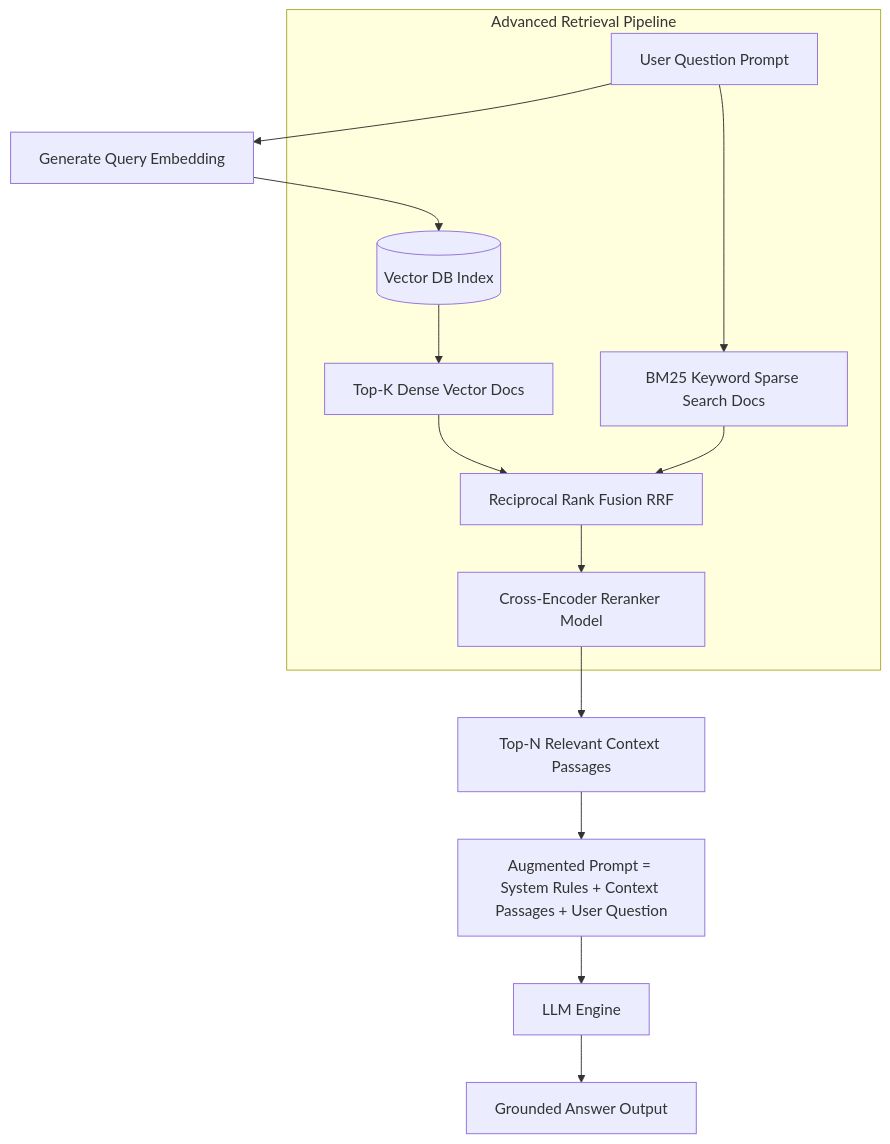
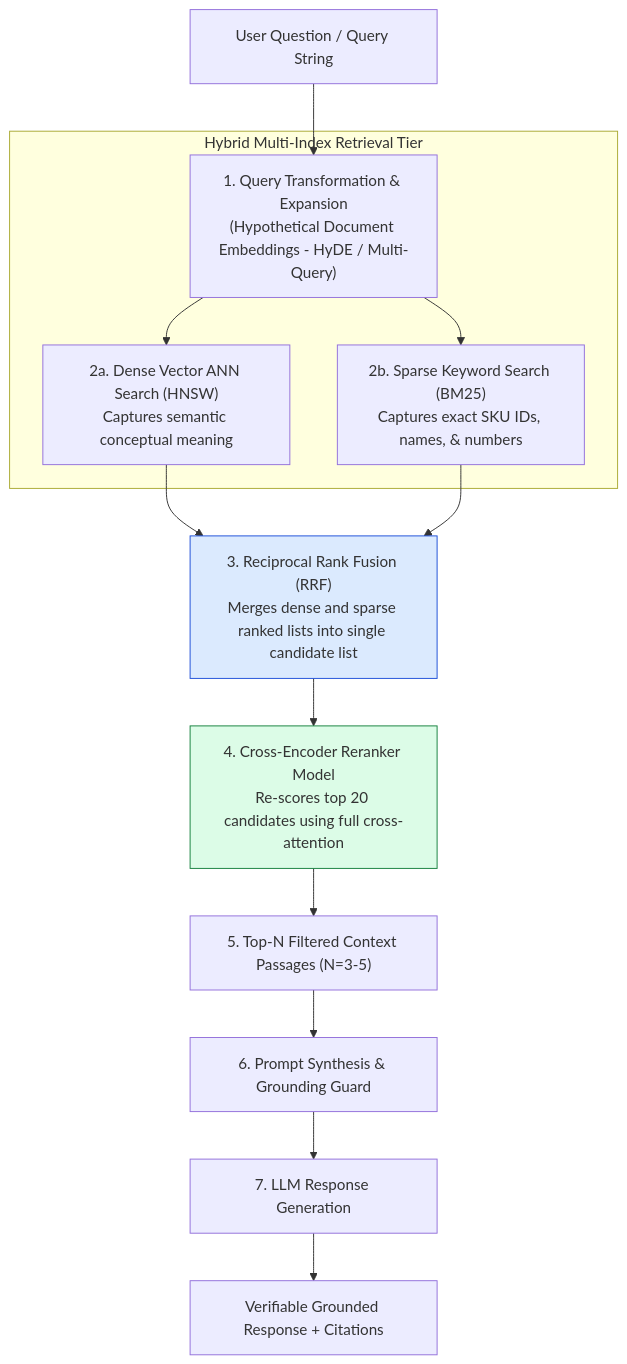
Before and after one commit to Amie-dev/engineering-playbook: the first of 3 diagrams in agentic-ai-notes/00-foundations/09-rag-architecture.md, drawn with Mermaid. The commit also changed other lines of this file and 17 other files, not shown here.

Commit message:
Refactor observability and tracing documentation to enhance clarity and detail; expand Model Context Protocol (MCP) architecture with JSON-RPC primitives; update decision framework to emphasize architectural complexity and decision-making processes.

````diff
--- a/agentic-ai-notes/00-foundations/09-rag-architecture.md
+++ b/agentic-ai-notes/00-foundations/09-rag-architecture.md
@@ -10,20 +13,25 @@
 ```mermaid
 flowchart TD
-    UserQuery[User Question Prompt] --> EmbedQuery[Generate Query Embedding]
-    EmbedQuery --> VectorDB[(Vector DB Index)]
-    
-    subgraph Advanced Retrieval Pipeline
-        VectorDB --> DenseDocs[Top-K Dense Vector Docs]
-        UserQuery --> BM25[BM25 Keyword Sparse Search Docs]
-        
-        DenseDocs --> Hybrid[Reciprocal Rank Fusion RRF]
-        BM25 --> Hybrid
-        
-        Hybrid --> Reranker[Cross-Encoder Reranker Model]
+    UserQuery[User Question / Query String] --> QueryTransform["1. Query Transformation & Expansion<br/>(Hypothetical Document Embeddings - HyDE / Multi-Query)"]
+
+    subgraph Hybrid Multi-Index Retrieval Tier
+        QueryTransform --> DenseSearch["2a. Dense Vector ANN Search (HNSW)<br/>Captures semantic conceptual meaning"]
+        QueryTransform --> SparseSearch["2b. Sparse Keyword Search (BM25)<br/>Captures exact SKU IDs, names, & numbers"]
     end
 
-    Reranker --> TopContext[Top-N Relevant Context Passages]
-    TopContext --> LLMPrompt["Augmented Prompt = System Rules + Context Passages + User Question"]
-    LLMPrompt --> LLM[LLM Engine]
-    LLM --> GroundedResponse[Grounded Answer Output]
+    DenseSearch --> RRF["3. Reciprocal Rank Fusion (RRF)<br/>Merges dense and sparse ranked lists into single candidate list"]
+    SparseSearch --> RRF
+
+    RRF --> CrossEncoder["4. Cross-Encoder Reranker Model<br/>Re-scores top 20 candidates using full cross-attention"]
+
+    CrossEncoder --> TopNContext["5. Top-N Filtered Context Passages (N=3-5)"]
+
+    TopNContext --> PromptAugment["6. Prompt Synthesis & Grounding Guard"]
+
+    PromptAugment --> LLMInference["7. LLM Response Generation"]
+
+    LLMInference --> GroundedAns[Verifiable Grounded Response + Citations]
+
+    style RRF fill:#dbeafe,stroke:#1d4ed8
+    style CrossEncoder fill:#dcfce7,stroke:#15803d
 ```
````
